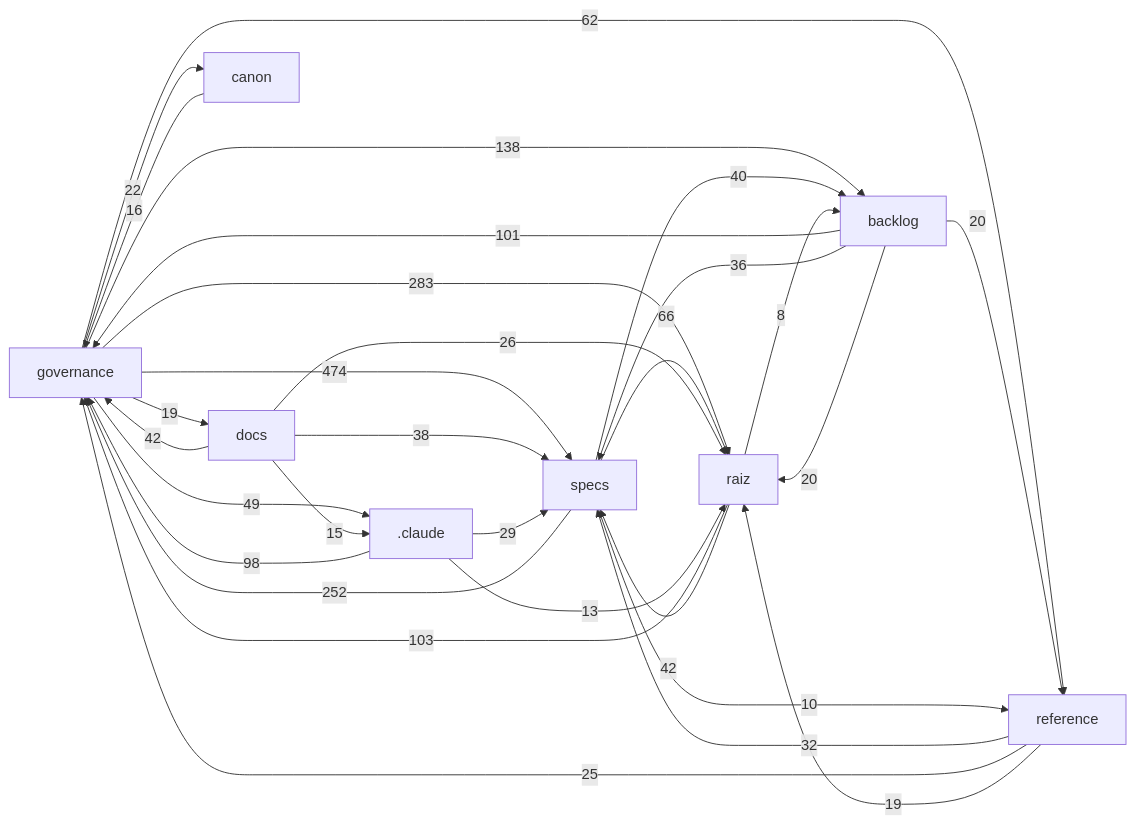
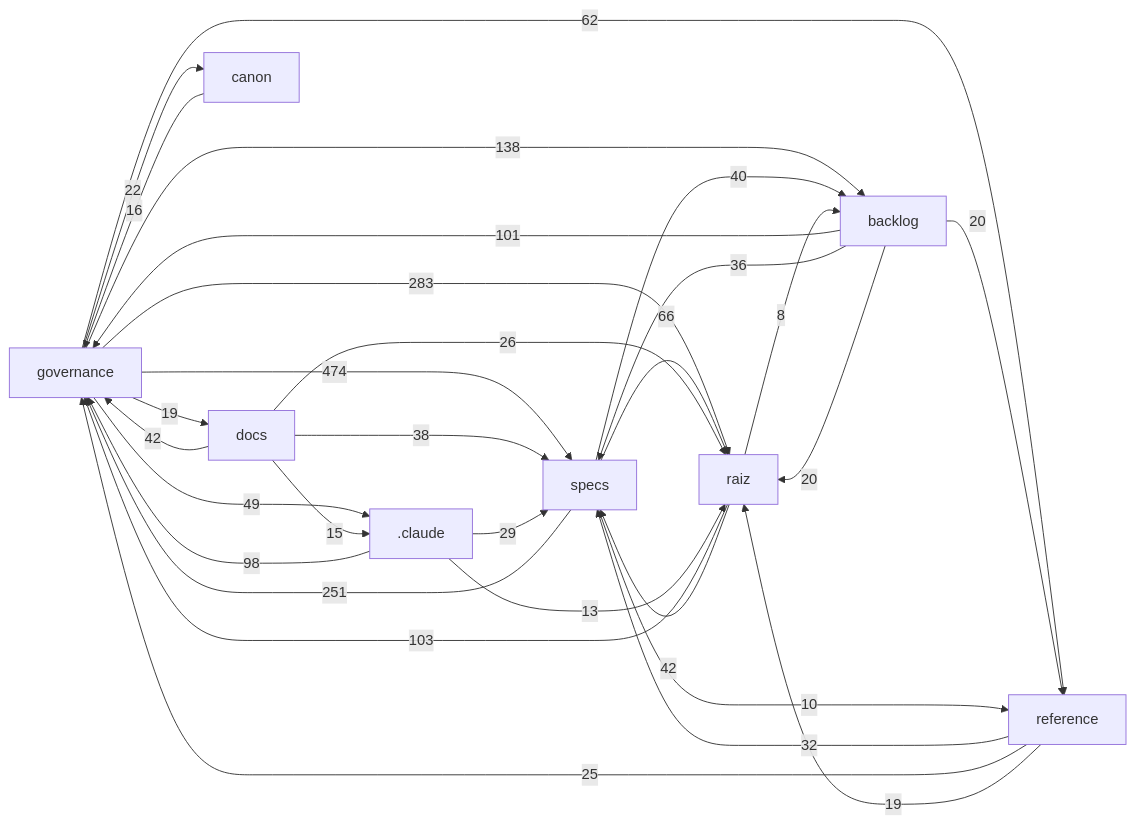
One commit to Andraus35/Sistema-Operacional-de-Trading--SOT changed the diagram in docs/mapa/MAPA-PROJETO.md. Above: the diagram before and after it, drawn with Mermaid. The commit also changed other lines of this file and 3 other files, not shown here.

````diff
--- a/docs/mapa/MAPA-PROJETO.md
+++ b/docs/mapa/MAPA-PROJETO.md
@@ -29,32 +29,32 @@
 ```mermaid
 flowchart LR
   governance["governance"] -->|474| specs["specs"]
   governance["governance"] -->|283| raiz["raiz"]
-  specs["specs"] -->|252| governance["governance"]
+  specs["specs"] -->|251| governance["governance"]
   governance["governance"] -->|138| backlog["backlog"]
   raiz["raiz"] -->|103| governance["governance"]
   backlog["backlog"] -->|101| governance["governance"]
   _claude[".claude"] -->|98| governance["governance"]
   specs["specs"] -->|66| raiz["raiz"]
   governance["governance"] -->|62| reference["reference"]
   governance["governance"] -->|49| _claude[".claude"]
   raiz["raiz"] -->|42| specs["specs"]
   docs["docs"] -->|42| governance["governance"]
   specs["specs"] -->|40| backlog["backlog"]
   docs["docs"] -->|38| specs["specs"]
   backlog["backlog"] -->|36| specs["specs"]
   reference["reference"] -->|32| specs["specs"]
   _claude[".claude"] -->|29| specs["specs"]
   docs["docs"] -->|26| raiz["raiz"]
   reference["reference"] -->|25| governance["governance"]
   governance["governance"] -->|22| canon["canon"]
   backlog["backlog"] -->|20| raiz["raiz"]
   backlog["backlog"] -->|20| reference["reference"]
   governance["governance"] -->|19| docs["docs"]
   reference["reference"] -->|19| raiz["raiz"]
   canon["canon"] -->|16| governance["governance"]
   docs["docs"] -->|15| _claude[".claude"]
   _claude[".claude"] -->|13| raiz["raiz"]
   specs["specs"] -->|10| reference["reference"]
   raiz["raiz"] -->|8| backlog["backlog"]
 ```
````
